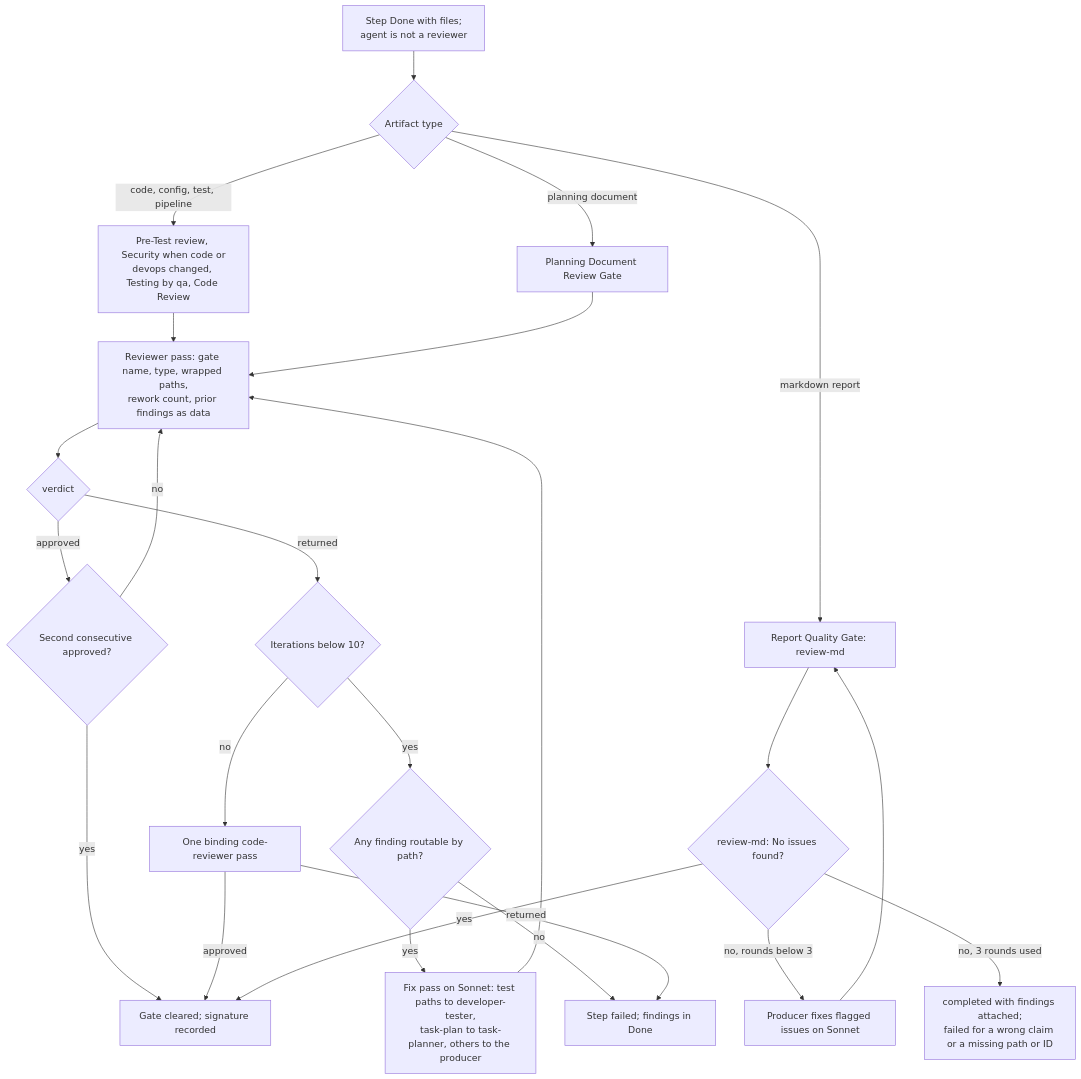
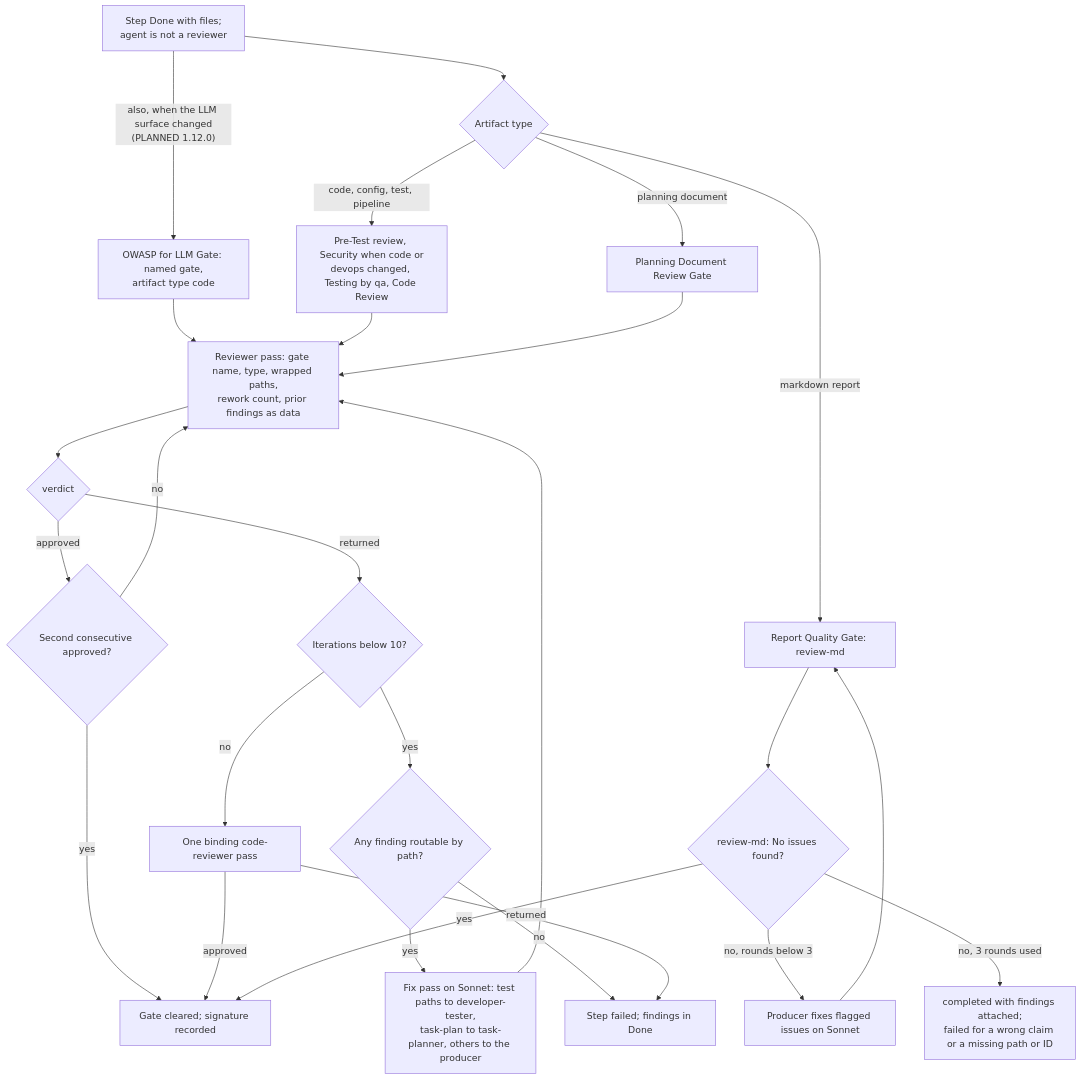
The diagram in specs/spec-orchestration-review-gates-flow.mmd (tjmonsi/assist-marketplace-plugin), drawn with Mermaid before and after one commit. The commit also changed 60 other files, not shown here.

```diff
--- a/specs/spec-orchestration-review-gates-flow.mmd
+++ b/specs/spec-orchestration-review-gates-flow.mmd
@@ -1,24 +1,26 @@
 flowchart TD
   A["Step Done with files;<br/>agent is not a reviewer"] --> T{"Artifact type"}
+  A -->|"also, when the LLM surface changed<br/>(PLANNED 1.12.0)"| LG["OWASP for LLM Gate: named gate,<br/>artifact type code"]
+  LG --> RV
   T -->|"code, config, test, pipeline"| CG["Pre-Test review, Security when code or<br/>devops changed, Testing by qa, Code Review"]
   T -->|"planning document"| PG["Planning Document Review Gate"]
   T -->|"markdown report"| RQ["Report Quality Gate: review-md"]
   CG --> RV["Reviewer pass: gate name, type, wrapped paths,<br/>rework count, prior findings as data"]
   PG --> RV
   RV --> V{"verdict"}
   V -->|"approved"| L{"Second consecutive approved?"}
   L -->|"yes"| OK["Gate cleared; signature recorded"]
   L -->|"no"| RV
   V -->|"returned"| B{"Iterations below 10?"}
   B -->|"yes"| R{"Any finding routable by path?"}
   R -->|"yes"| FX["Fix pass on Sonnet: test paths to developer-tester,<br/>task-plan to task-planner, others to the producer"]
   FX --> RV
   R -->|"no"| FL["Step failed; findings in Done"]
   B -->|"no"| BP["One binding code-reviewer pass"]
   BP -->|"approved"| OK
   BP -->|"returned"| FL
   RQ --> RQV{"review-md: No issues found?"}
   RQV -->|"yes"| OK
   RQV -->|"no, rounds below 3"| FXR["Producer fixes flagged issues on Sonnet"]
   FXR --> RQ
   RQV -->|"no, 3 rounds used"| RQE["completed with findings attached;<br/>failed for a wrong claim or a missing path or ID"]
```
